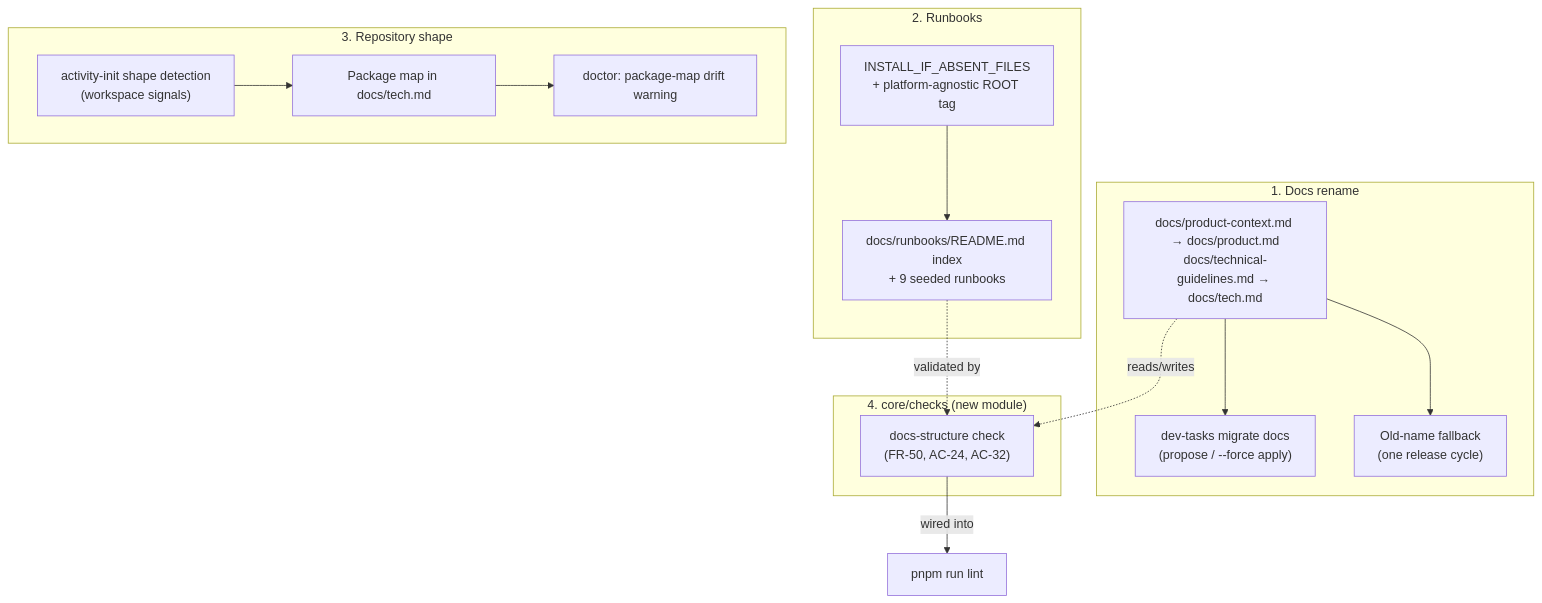
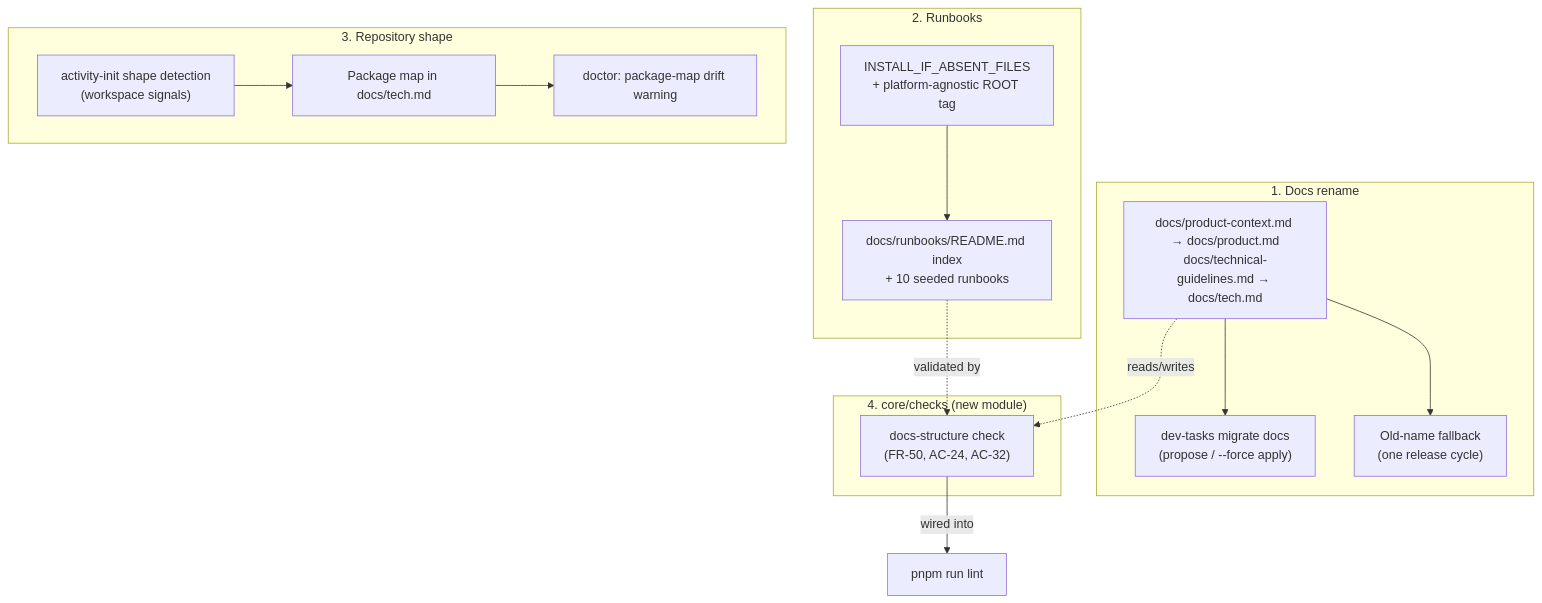
The first of 4 diagrams in workstream/specification-shared-understanding-phase-1.md (llipe/dev-tasks), drawn with Mermaid before and after one commit. The commit also changed other lines of this file and 3 other files, not shown here.

````diff
--- a/workstream/specification-shared-understanding-phase-1.md
+++ b/workstream/specification-shared-understanding-phase-1.md
@@ -40,27 +41,27 @@
 ```mermaid
 flowchart TB
     subgraph "1. Docs rename"
         A1["docs/product-context.md → docs/product.md<br/>docs/technical-guidelines.md → docs/tech.md"]
         A2["dev-tasks migrate docs<br/>(propose / --force apply)"]
         A3["Old-name fallback<br/>(one release cycle)"]
         A1 --> A2
         A1 --> A3
     end
     subgraph "2. Runbooks"
         B1["INSTALL_IF_ABSENT_FILES<br/>+ platform-agnostic ROOT tag"]
-        B2["docs/runbooks/README.md index<br/>+ 9 seeded runbooks"]
+        B2["docs/runbooks/README.md index<br/>+ 10 seeded runbooks"]
         B1 --> B2
     end
     subgraph "3. Repository shape"
         C1["activity-init shape detection<br/>(workspace signals)"]
         C2["Package map in docs/tech.md"]
         C3["doctor: package-map drift warning"]
         C1 --> C2 --> C3
     end
     subgraph "4. core/checks (new module)"
         D1["docs-structure check<br/>(FR-50, AC-24, AC-32)"]
     end
     A1 -.reads/writes.-> D1
     B2 -.validated by.-> D1
     D1 -->|wired into| LINT["pnpm run lint"]
 ```
````
